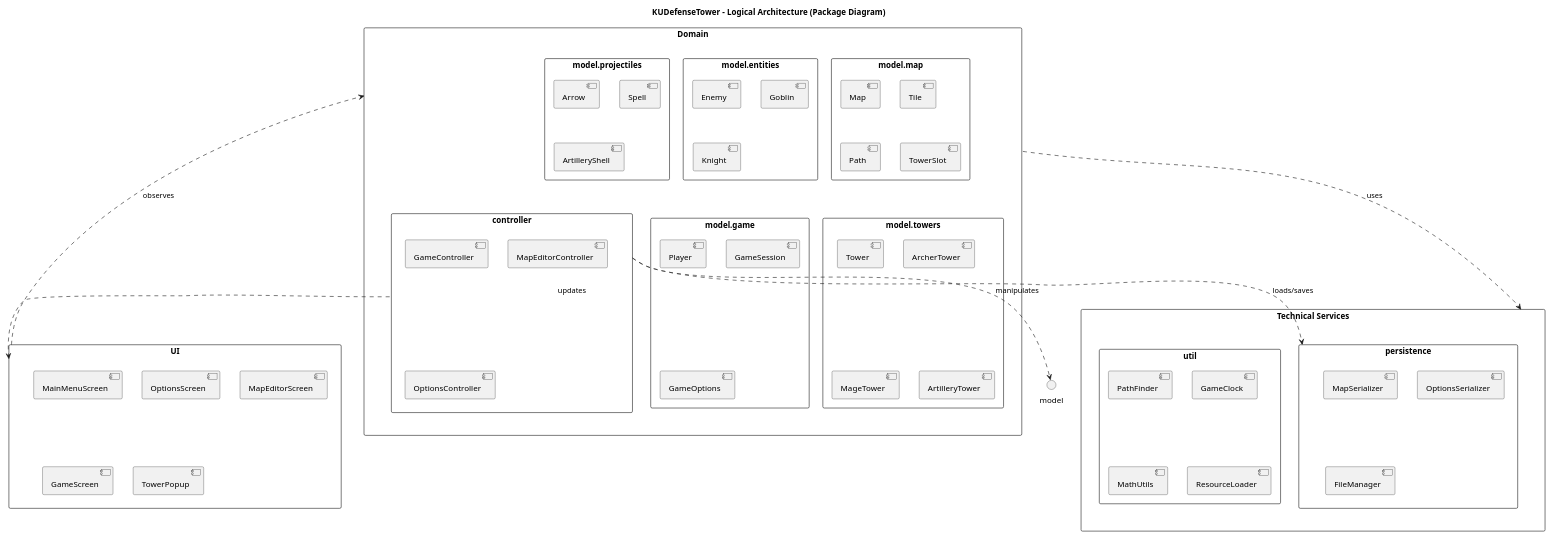
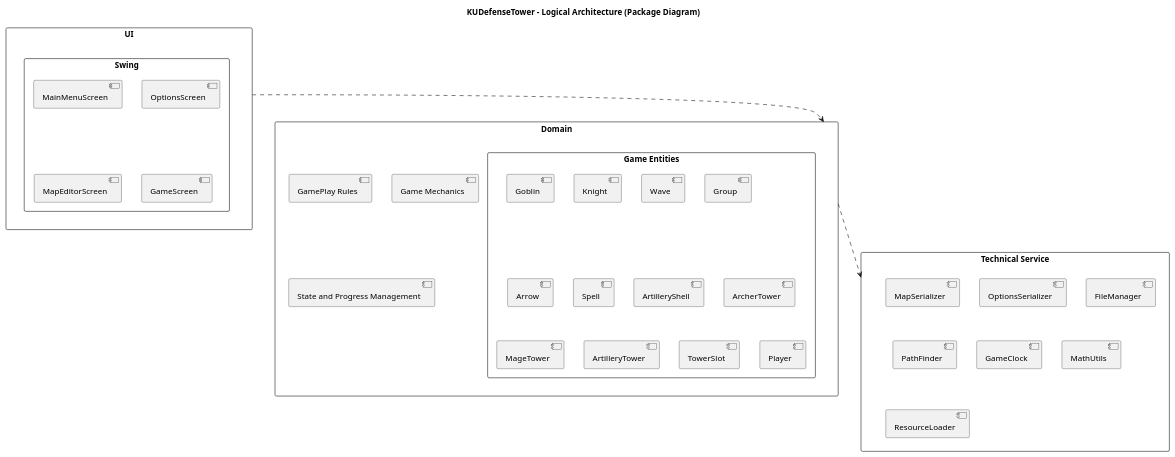
One commit to ValentinPy1/KUTowerDefense changed the diagram in D1-artifacts/package_diagram/package_diagram.md. Above: the diagram before and after it, drawn with PlantUML.

Commit message:
Update package diagram for KUDefenseTower

```diff
--- a/D1-artifacts/package_diagram/package_diagram.md
+++ b/D1-artifacts/package_diagram/package_diagram.md
@@ -1,79 +1,55 @@
 @startuml KUDefenseTower_PackageDiagram
 
 skinparam packageStyle rectangle
 title KUDefenseTower - Logical Architecture (Package Diagram)
 
-'---------------- UI Layer ----------------
+' ---------------- UI Layer ----------------
 package "UI" {
-  [MainMenuScreen]
-  [OptionsScreen]
-  [MapEditorScreen]
-  [GameScreen]
-  [TowerPopup]
+  package "Swing" {
+    [MainMenuScreen]
+    [OptionsScreen]
+    [MapEditorScreen]
+    [GameScreen]
+  }
+
+  
 }
 
-'---------------- Domain Layer ----------------
+' ---------------- Domain Layer ----------------
 package "Domain" {
-  package "model.map" {
-    [Map]
-    [Tile]
-    [Path]
-    [TowerSlot]
-  }
-
-  package "model.entities" {
-    [Enemy]
+  package "Game Entities" {
     [Goblin]
     [Knight]
-  }
-
-  package "model.projectiles" {
+    [Wave]
+    [Group]
     [Arrow]
     [Spell]
     [ArtilleryShell]
-  }
-
-  package "model.towers" {
-    [Tower]
     [ArcherTower]
     [MageTower]
     [ArtilleryTower]
+    [TowerSlot]
+    [Player]
   }
 
-  package "model.game" {
-    [Player]
-    [GameSession]
-    [GameOptions]
-  }
-
-  package "controller" {
-    [GameController]
-    [MapEditorController]
-    [OptionsController]
-  }
+  [GamePlay Rules]
+  [Game Mechanics]
+  [State and Progress Management]
 }
 
-'---------------- Technical Services Layer ----------------
-package "Technical Services" {
-  package "persistence" {
-    [MapSerializer]
-    [OptionsSerializer]
-    [FileManager]
-  }
-
-  package "util" {
-    [PathFinder]
-    [GameClock]
-    [MathUtils]
-    [ResourceLoader]
-  }
+' ---------------- Technical Services Layer ----------------
+package "Technical Service" {
+  [MapSerializer]
+  [OptionsSerializer]
+  [FileManager]
+  [PathFinder]
+  [GameClock]
+  [MathUtils]
+  [ResourceLoader]
 }
 
-'---------------- Dependencies ----------------
-"UI" ..> "Domain" : observes
-"Domain" ..> "Technical Services" : uses
-"controller" ..> "UI" : updates
-"controller" ..> "model" : manipulates
-"controller" ..> "persistence" : loads/saves
+' ---------------- Dependencies ----------------
+"UI" ..> "Domain"
+"Domain" ..> "Technical Service"
 
 @enduml
```
